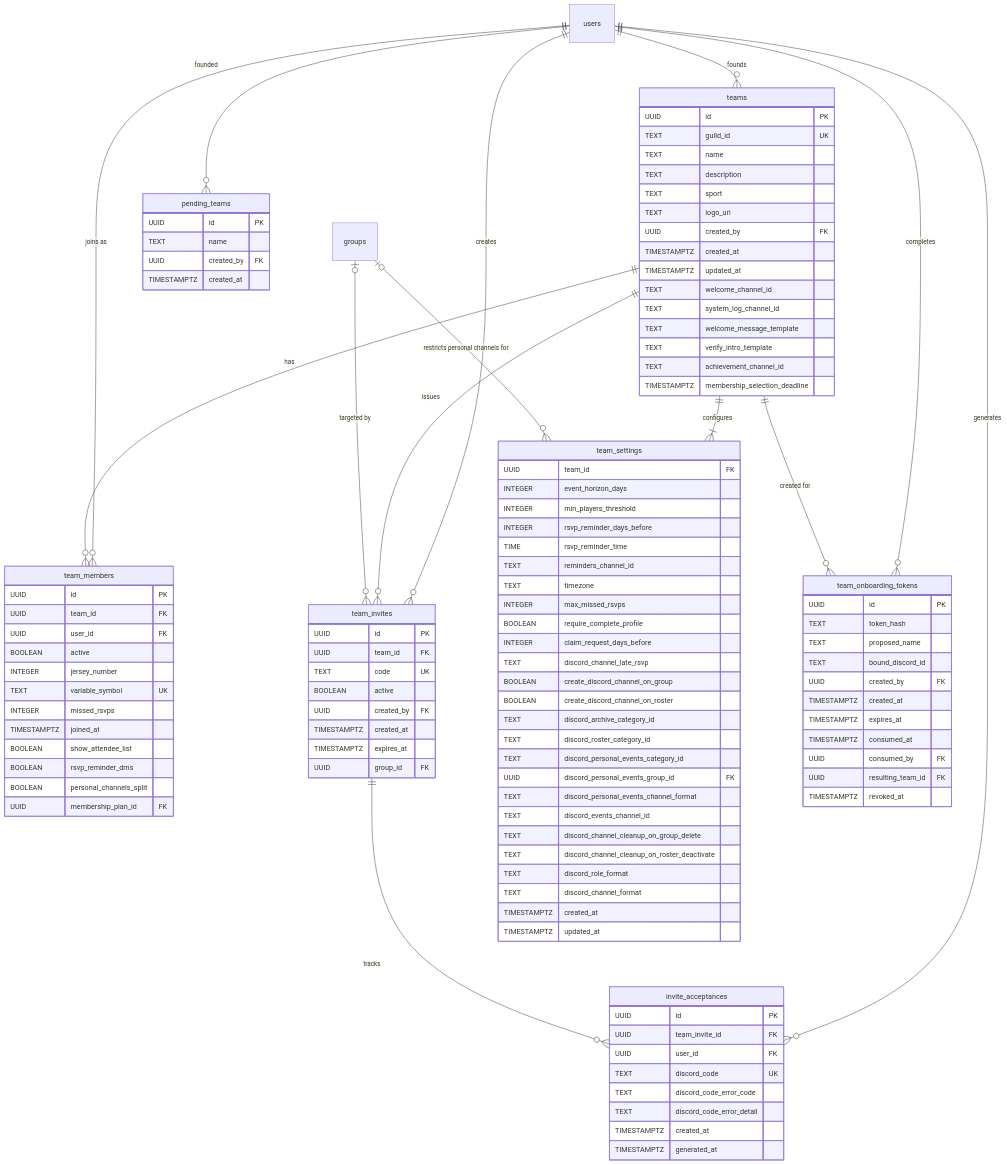
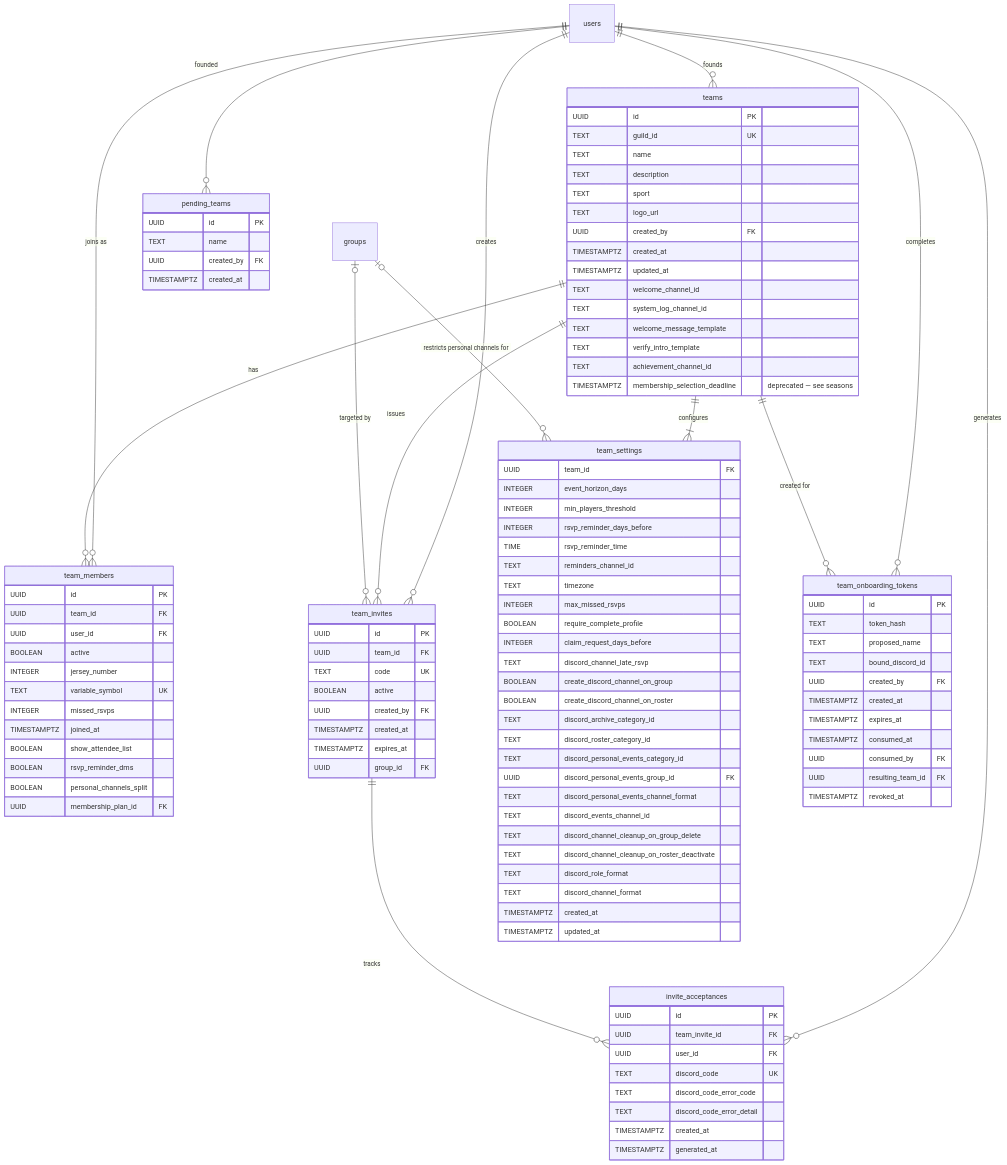
The third of 23 diagrams in docs/thesis/er-diagram.md (sideline-cz/sideline), drawn with Mermaid before and after one commit. The commit also changed other lines of this file and 15 other files, not shown here.

```diff
--- a/docs/thesis/er-diagram.md
+++ b/docs/thesis/er-diagram.md
@@ -251,7 +252,7 @@
         TEXT welcome_message_template
         TEXT verify_intro_template
         TEXT achievement_channel_id
-        TIMESTAMPTZ membership_selection_deadline
+        TIMESTAMPTZ membership_selection_deadline "deprecated — see seasons"
     }
 
     team_members {
```
